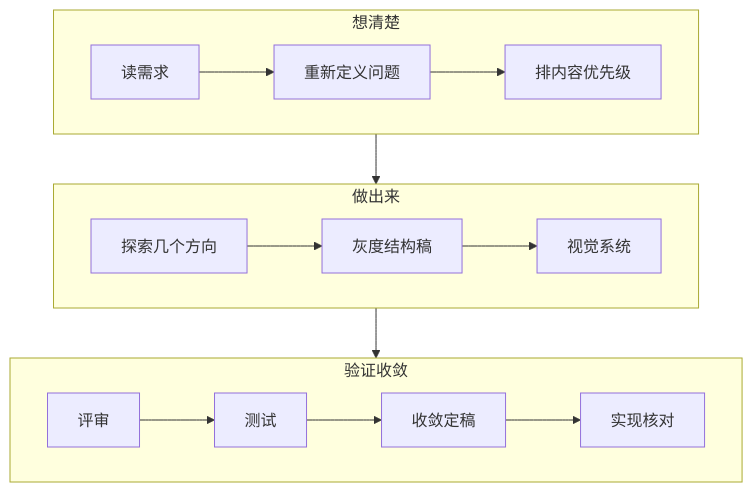
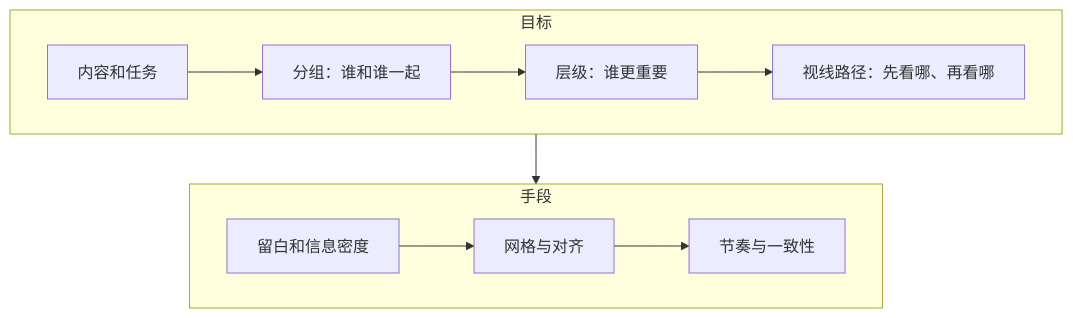
The third of 4 diagrams in skills/study-guide/examples/visual-design-basics/output/guide.md (antonailog/skills), drawn with Mermaid before and after one commit. The commit also changed other lines of this file and 11 other files, not shown here.

````diff
--- a/skills/study-guide/examples/visual-design-basics/output/guide.md
+++ b/skills/study-guide/examples/visual-design-basics/output/guide.md
@@ -539,16 +196,12 @@
 ```mermaid
 flowchart TD
-    subgraph r1 ["想清楚"]
+    subgraph g1 ["目标"]
         direction LR
-        A["读需求"] --> B["重新定义问题"] --> C["排内容优先级"]
+        A["内容和任务"] --> B["分组：谁和谁一起"] --> C["层级：谁更重要"] --> D["视线路径：先看哪、再看哪"]
     end
-    subgraph r2 ["做出来"]
+    subgraph g2 ["手段"]
         direction LR
-        D["探索几个方向"] --> E["灰度结构稿"] --> F["视觉系统"]
+        E["留白和信息密度"] --> F["网格与对齐"] --> G["节奏与一致性"]
     end
-    subgraph r3 ["验证收敛"]
-        direction LR
-        G["评审"] --> H["测试"] --> I["收敛定稿"] --> J["实现核对"]
-    end
-    r1 --> r2 --> r3
+    g1 --> g2
 ```
````
